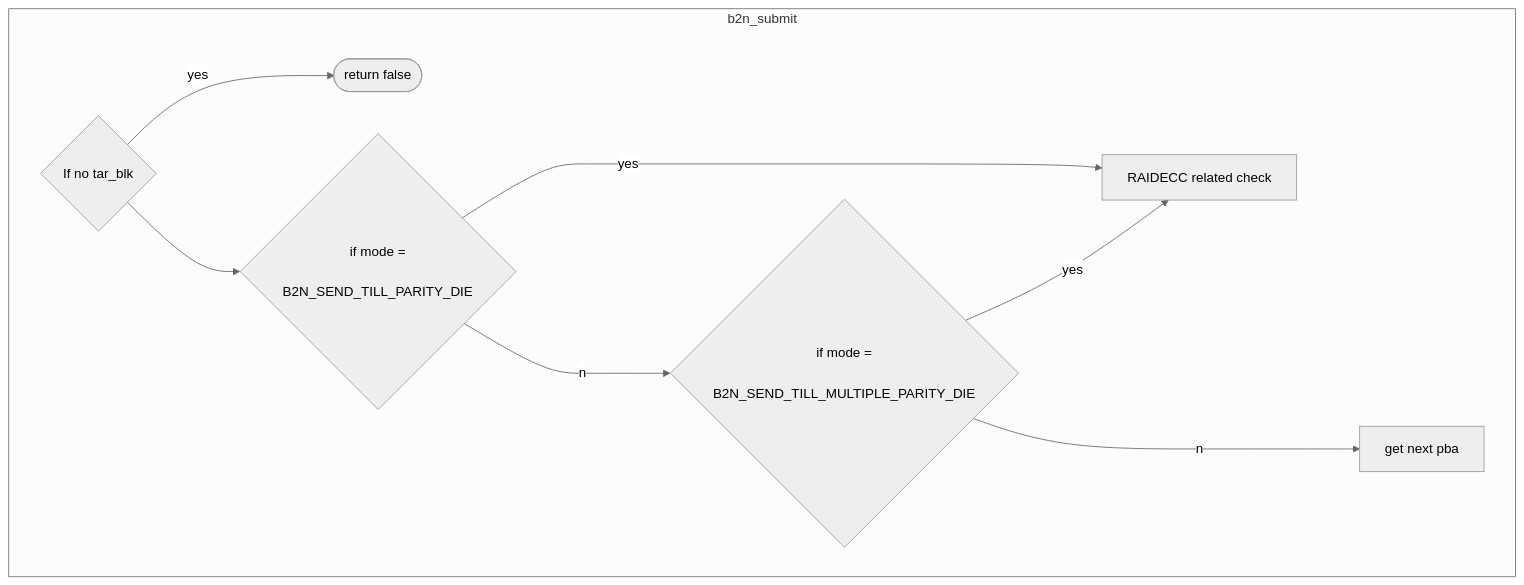
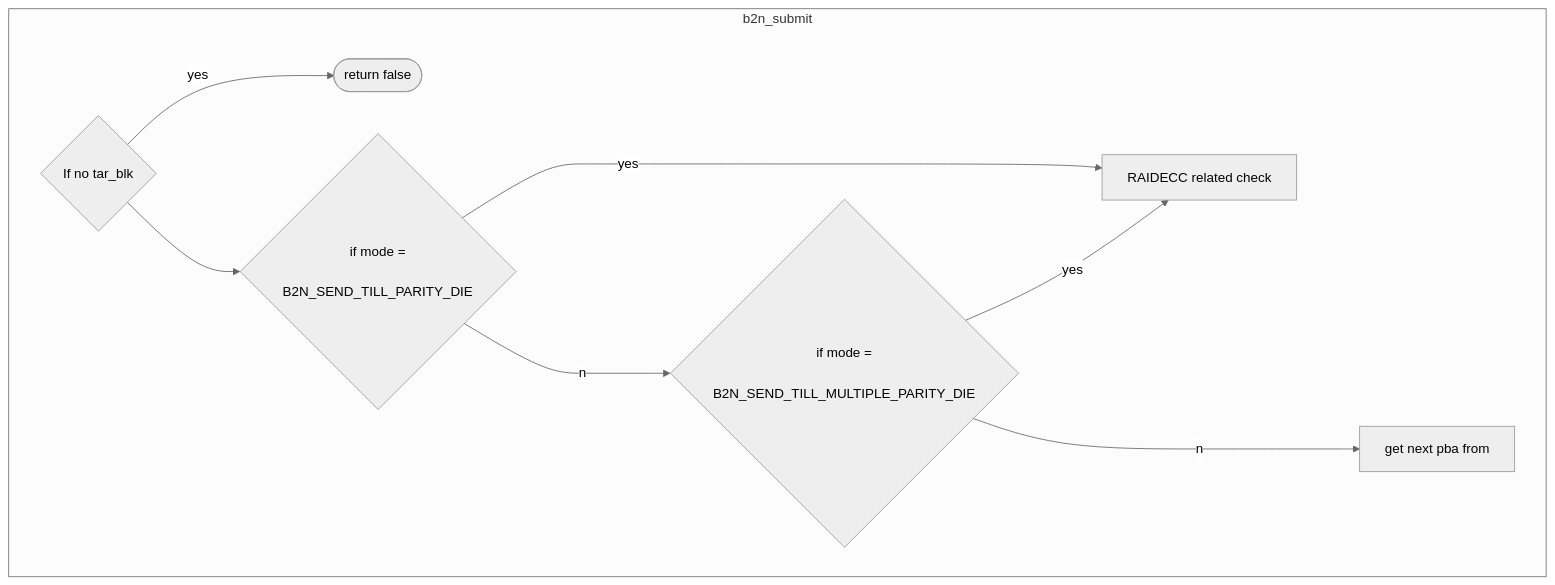
Before and after one commit to jenny112646/iodraw-files: the diagram in all/未命名-2.md, drawn with Mermaid (neutral theme).

Commit message:
2024-06-07 10:53:06 update

````diff
--- a/all/未命名-2.md
+++ b/all/未命名-2.md
@@ -1,13 +1,13 @@
 ```mermaid
 flowchart TD
 subgraph b2n_submit
     c1{"If no tar_blk"} --yes--> c2([return false])
     c1 --> c3{"if mode =
     B2N_SEND_TILL_PARITY_DIE"}
     c3 --yes--> c4["RAIDECC related check"]
     c3 --no--> c5{"if mode =
     B2N_SEND_TILL_MULTIPLE_PARITY_DIE"}
     c5 --yes--> c4["RAIDECC related check"]
-    c5 --no--> c6["get next pba"]
+    c5 --no--> c6["get next pba from"]
 end
 ```
````
